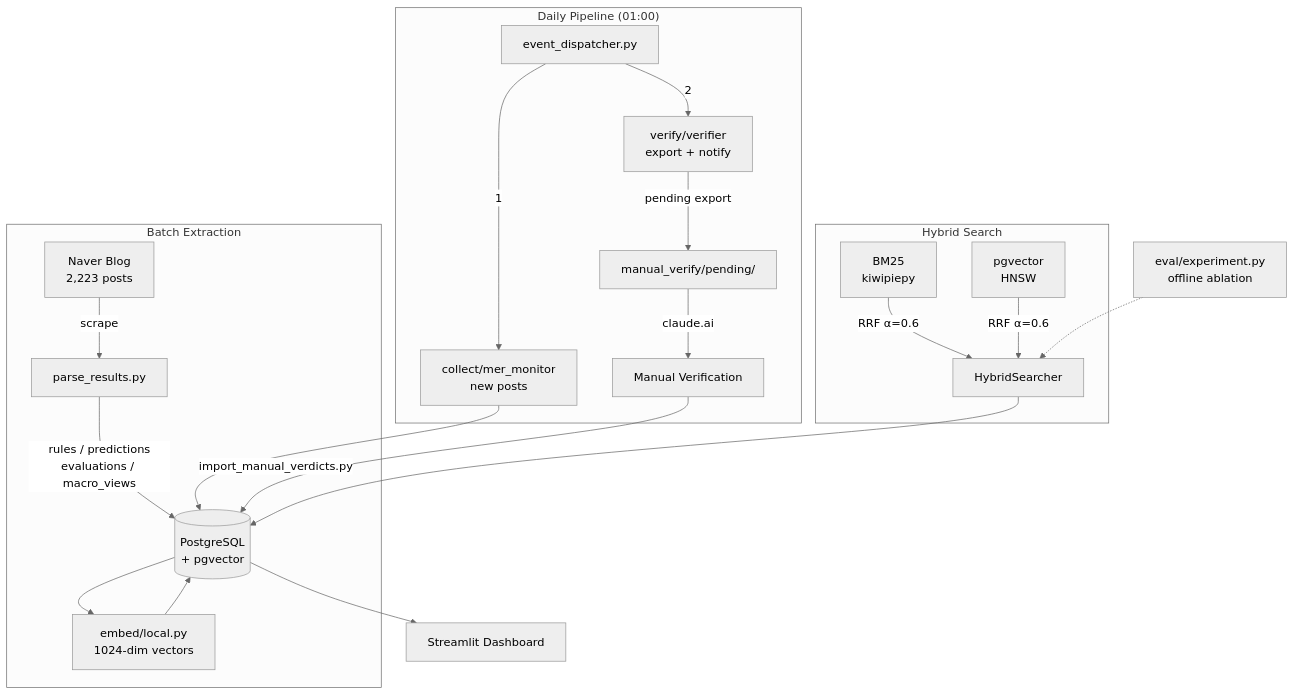
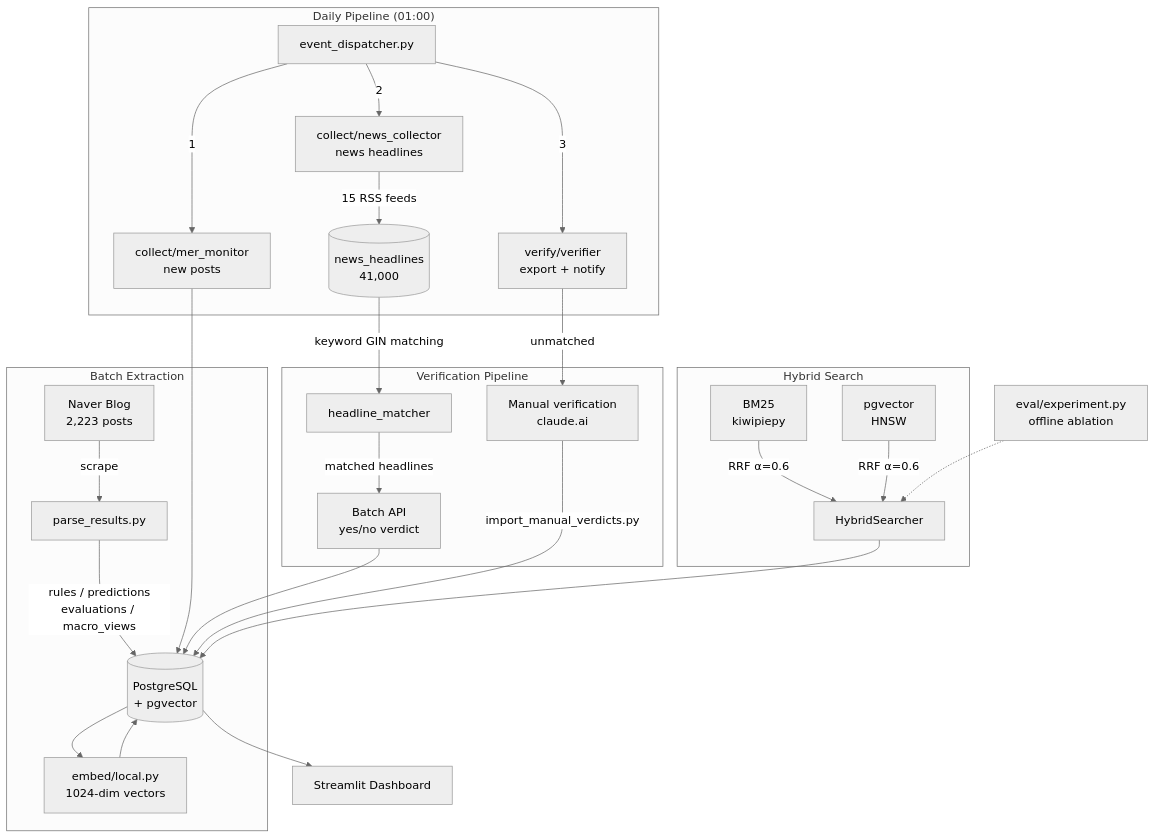
The diagram in README_EN.md (11e3/mer-insight-pipeline), drawn with Mermaid (neutral theme) before and after one commit. The commit also changed other lines of this file, not shown here.

````diff
--- a/README_EN.md
+++ b/README_EN.md
@@ -23,28 +24,33 @@
 ```mermaid
 flowchart TD
     subgraph Batch Extraction
         A[Naver Blog<br>2,223 posts] -->|scrape| B[parse_results.py]
         B -->|rules / predictions<br>evaluations / macro_views| C[(PostgreSQL<br>+ pgvector)]
         C --> EMB[embed/local.py<br>1024-dim vectors]
         EMB --> C
     end
 
     subgraph "Daily Pipeline (01:00)"
         ED[event_dispatcher.py] -->|1| MER[collect/mer_monitor<br>new posts]
-        ED -->|2| PV[verify/verifier<br>export + notify]
+        ED -->|2| NEWS[collect/news_collector<br>news headlines]
+        ED -->|3| PV[verify/verifier<br>export + notify]
         MER --> C
-        PV -->|pending export| EX[manual_verify/pending/]
-        EX -->|claude.ai| MAN[Manual Verification]
-        MAN -->|import_manual_verdicts.py| C
+        NEWS -->|15 RSS feeds| NH[(news_headlines<br>41,000)]
+    end
+
+    subgraph Verification Pipeline
+        NH -->|keyword GIN matching| HM[headline_matcher]
+        HM -->|matched headlines| BATCH[Batch API<br>yes/no verdict]
+        BATCH --> C
+        PV -->|unmatched| EX[Manual verification<br>claude.ai]
+        EX -->|import_manual_verdicts.py| C
     end
 
     subgraph Hybrid Search
         HS1[BM25<br>kiwipiepy] & HS2[pgvector<br>HNSW] -->|RRF α=0.6| HS3[HybridSearcher]
     end
 
     HS3 --> C
-
     C --> Q[Streamlit Dashboard]
-
     EV[eval/experiment.py<br>offline ablation] -.-> HS3
 ```
````
